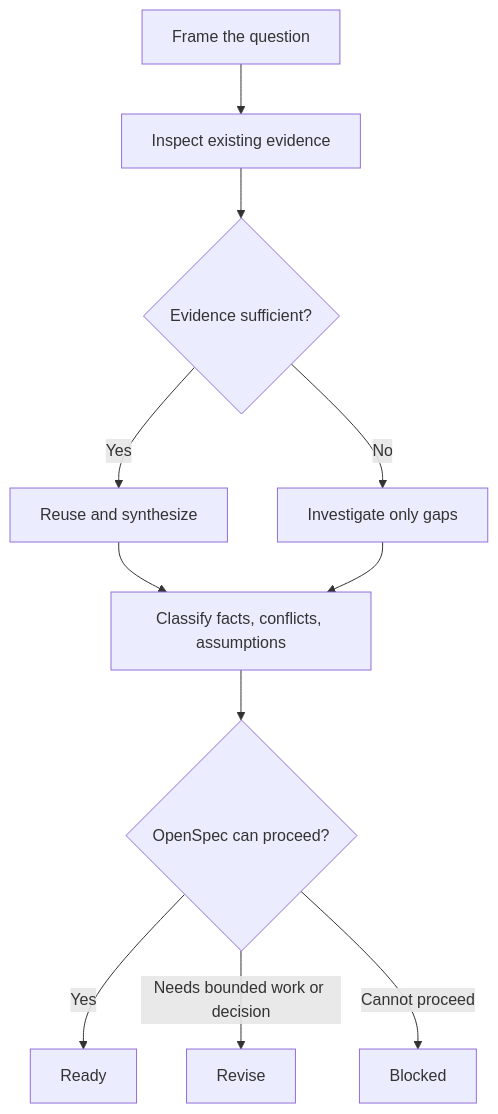
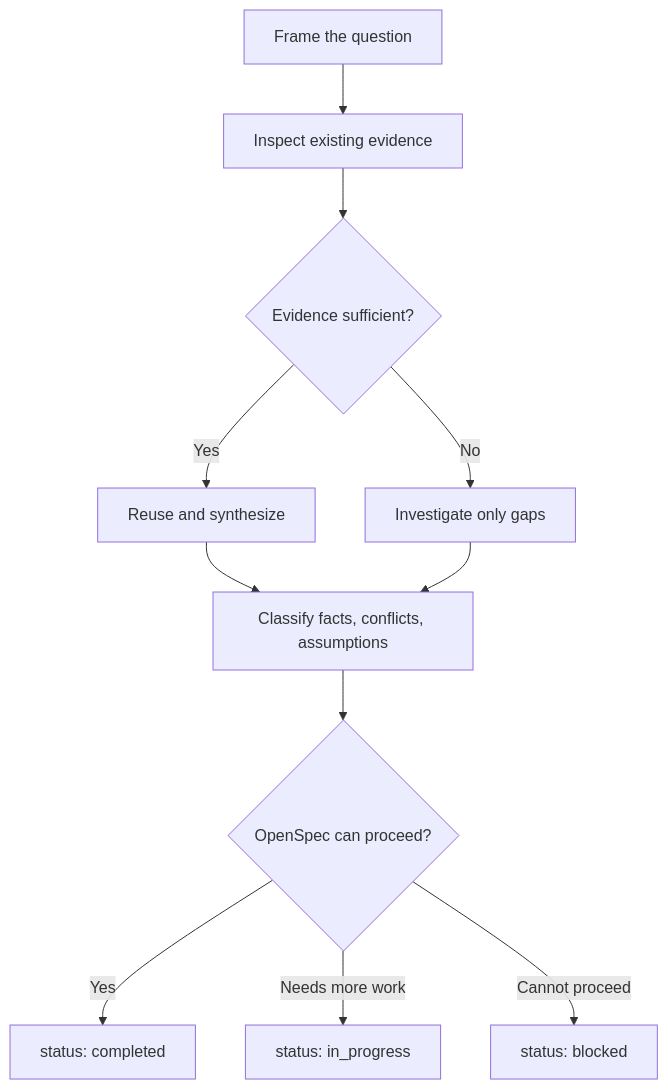
One commit to mols3131d/hmda-data-reliability changed the diagram in .agents/skills/pivot-openspec-rpi/references/research.md. Above: the diagram before and after it, drawn with Mermaid. The commit also changed other lines of this file and 14 other files, not shown here.

````diff
--- a/.agents/skills/pivot-openspec-rpi/references/research.md
+++ b/.agents/skills/pivot-openspec-rpi/references/research.md
@@ -14,21 +14,21 @@
 ```mermaid
 flowchart TD
     A[Frame the question]
     B[Inspect existing evidence]
     C{Evidence sufficient?}
     D[Reuse and synthesize]
     E[Investigate only gaps]
     F[Classify facts, conflicts, assumptions]
     G{OpenSpec can proceed?}
-    H[Ready]
-    I[Revise]
-    J[Blocked]
+    H[status: completed]
+    I[status: in_progress]
+    J[status: blocked]
 
     A --> B --> C
     C -- Yes --> D --> F
     C -- No --> E --> F
     F --> G
     G -- Yes --> H
-    G -- Needs bounded work or decision --> I
+    G -- Needs more work --> I
     G -- Cannot proceed --> J
 ```
````
